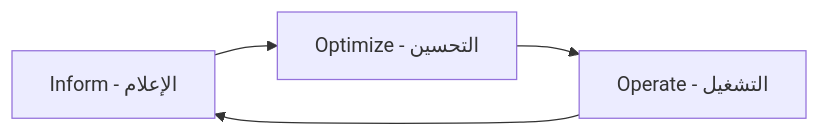
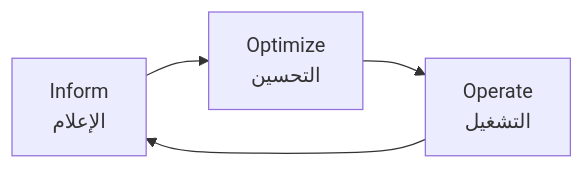
The diagram in docs/lessons/22-finops/01-finops-fundamentals.md (apexdataro-Fin/AEP), drawn with Mermaid before and after one commit. The commit also changed other lines of this file and 66 other files, not shown here.

````diff
--- a/docs/lessons/22-finops/01-finops-fundamentals.md
+++ b/docs/lessons/22-finops/01-finops-fundamentals.md
@@ -25,6 +25,6 @@
 ```mermaid
 graph LR
-    A[Inform - الإعلام] --> B[Optimize - التحسين]
-    B --> C[Operate - التشغيل]
+    A[Inform<br/>الإعلام] --> B[Optimize<br/>التحسين]
+    B --> C[Operate<br/>التشغيل]
     C --> A
 ```
````
